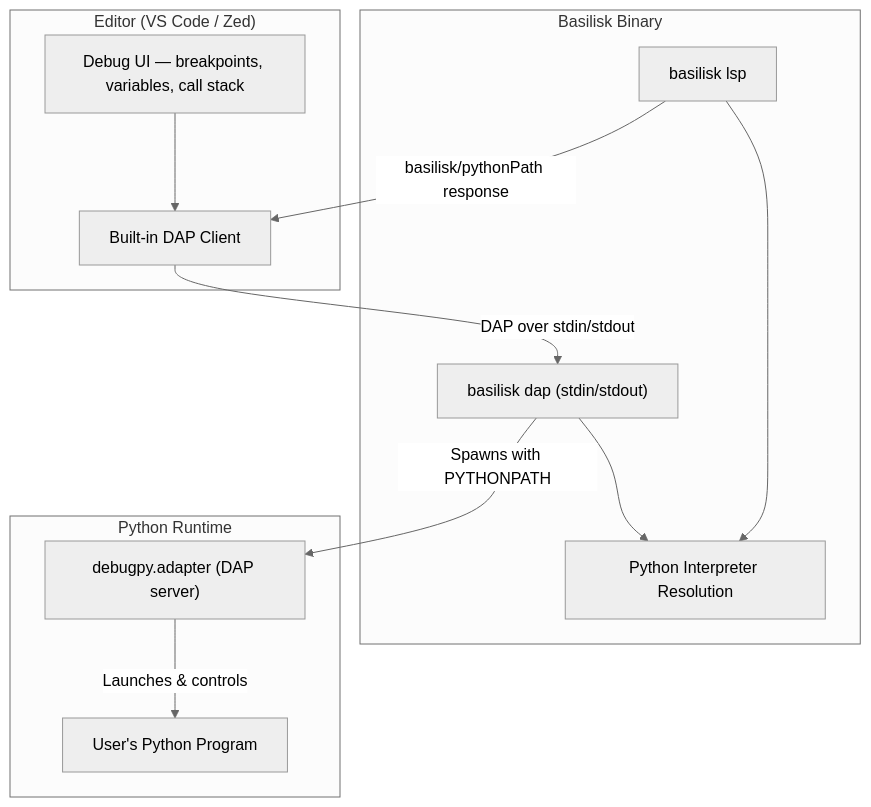
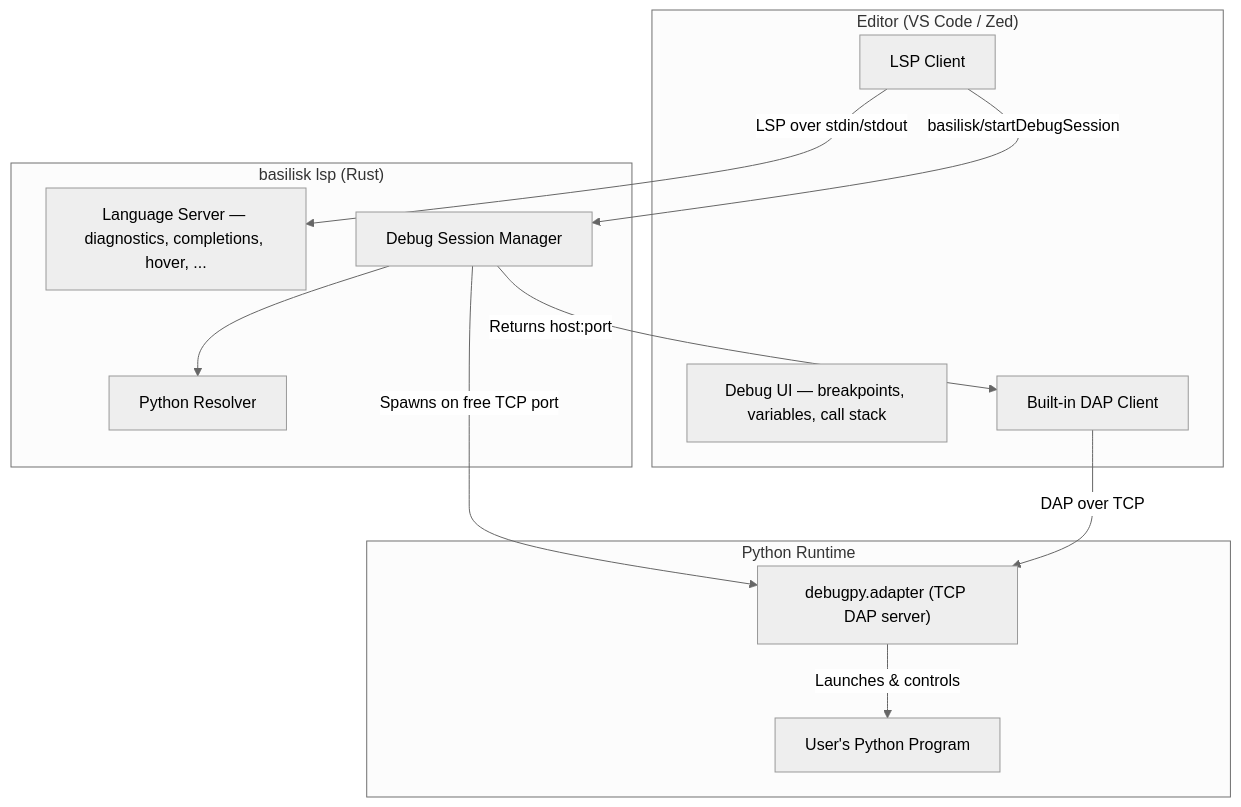
Before and after one commit to Nimblesite/Basilisk: the first of 4 diagrams in docs/basilisk-debug-integration.md, drawn with Mermaid (neutral theme). The commit also changed other lines of this file, not shown here.

````diff
--- a/docs/basilisk-debug-integration.md
+++ b/docs/basilisk-debug-integration.md
@@ -9,26 +9,27 @@
 ```mermaid
 graph TB
     subgraph "Editor (VS Code / Zed)"
         UI[Debug UI — breakpoints, variables, call stack]
         DAP_CLIENT[Built-in DAP Client]
+        LSP_CLIENT[LSP Client]
     end
 
-    subgraph "Basilisk Binary"
-        CLI["basilisk dap (stdin/stdout)"]
-        LSP["basilisk lsp"]
-        RESOLVE[Python Interpreter Resolution]
+    subgraph "basilisk lsp (Rust)"
+        LSP_CORE[Language Server — diagnostics, completions, hover, ...]
+        DEBUG_MGR[Debug Session Manager]
+        PYRES[Python Resolver]
     end
 
     subgraph "Python Runtime"
-        DEBUGPY["debugpy.adapter (DAP server)"]
+        DEBUGPY["debugpy.adapter (TCP DAP server)"]
         TARGET[User's Python Program]
     end
 
-    UI --> DAP_CLIENT
-    DAP_CLIENT -->|"DAP over stdin/stdout"| CLI
-    CLI -->|"Spawns with PYTHONPATH"| DEBUGPY
+    LSP_CLIENT -->|"LSP over stdin/stdout"| LSP_CORE
+    LSP_CLIENT -->|"basilisk/startDebugSession"| DEBUG_MGR
+    DEBUG_MGR --> PYRES
+    DEBUG_MGR -->|"Spawns on free TCP port"| DEBUGPY
+    DEBUG_MGR -->|"Returns host:port"| DAP_CLIENT
+    DAP_CLIENT -->|"DAP over TCP"| DEBUGPY
     DEBUGPY -->|"Launches & controls"| TARGET
-    LSP -->|"basilisk/pythonPath response"| DAP_CLIENT
-    CLI --> RESOLVE
-    LSP --> RESOLVE
 ```
````
